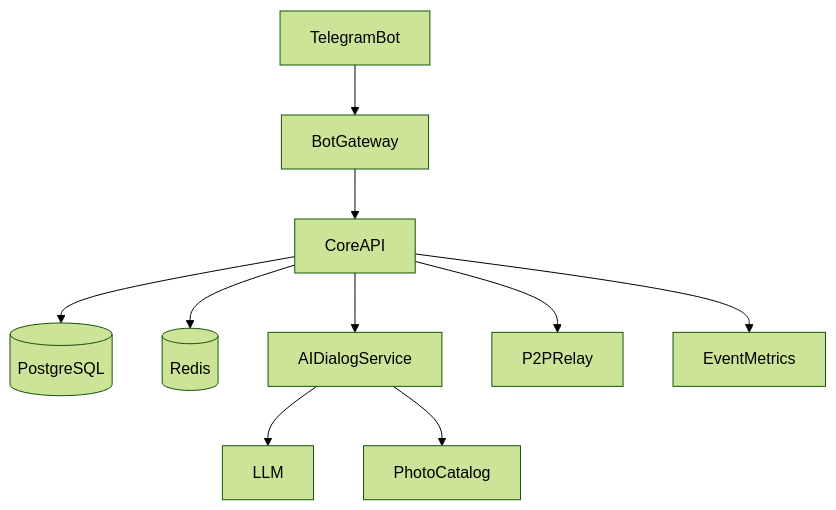
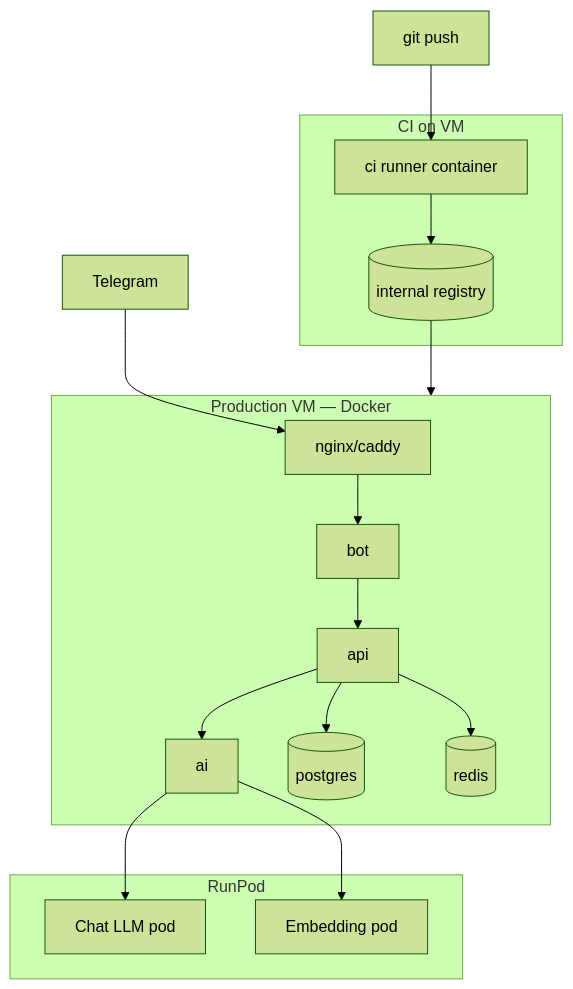
The first of 2 diagrams in tasks/README.md (flykby/anonimus_chat), drawn with Mermaid (forest theme) before and after one commit. The commit also changed other lines of this file and 68 other files, not shown here.

First line of the commit message:
Revise task backlog for VM deploy, CI/CD, RunPod, and echo bot milestone

````diff
--- a/tasks/README.md
+++ b/tasks/README.md
@@ -7,12 +13,29 @@
 ```mermaid
 flowchart TD
-    TG[TelegramBot] --> BotGW[BotGateway]
-    BotGW --> CoreAPI[CoreAPI]
-    CoreAPI --> PG[(PostgreSQL)]
-    CoreAPI --> Redis[(Redis)]
-    CoreAPI --> AISvc[AIDialogService]
-    CoreAPI --> P2P[P2PRelay]
-    AISvc --> LLM[LLM]
-    AISvc --> Photos[PhotoCatalog]
-    CoreAPI --> Metrics[EventMetrics]
+    subgraph vm [Production VM — Docker]
+        Proxy[nginx/caddy]
+        Bot[bot]
+        API[api]
+        AI[ai]
+        PG[(postgres)]
+        Redis[(redis)]
+    end
+    subgraph cicd [CI on VM]
+        CI[ci runner container]
+        Reg[(internal registry)]
+    end
+    subgraph runpod [RunPod]
+        LLM[Chat LLM pod]
+        EMB[Embedding pod]
+    end
+    Git[git push] --> CI
+    CI --> Reg
+    Reg --> vm
+    TG[Telegram] --> Proxy --> Bot
+    Bot --> API
+    API --> PG
+    API --> Redis
+    API --> AI
+    AI --> LLM
+    AI --> EMB
 ```
````
